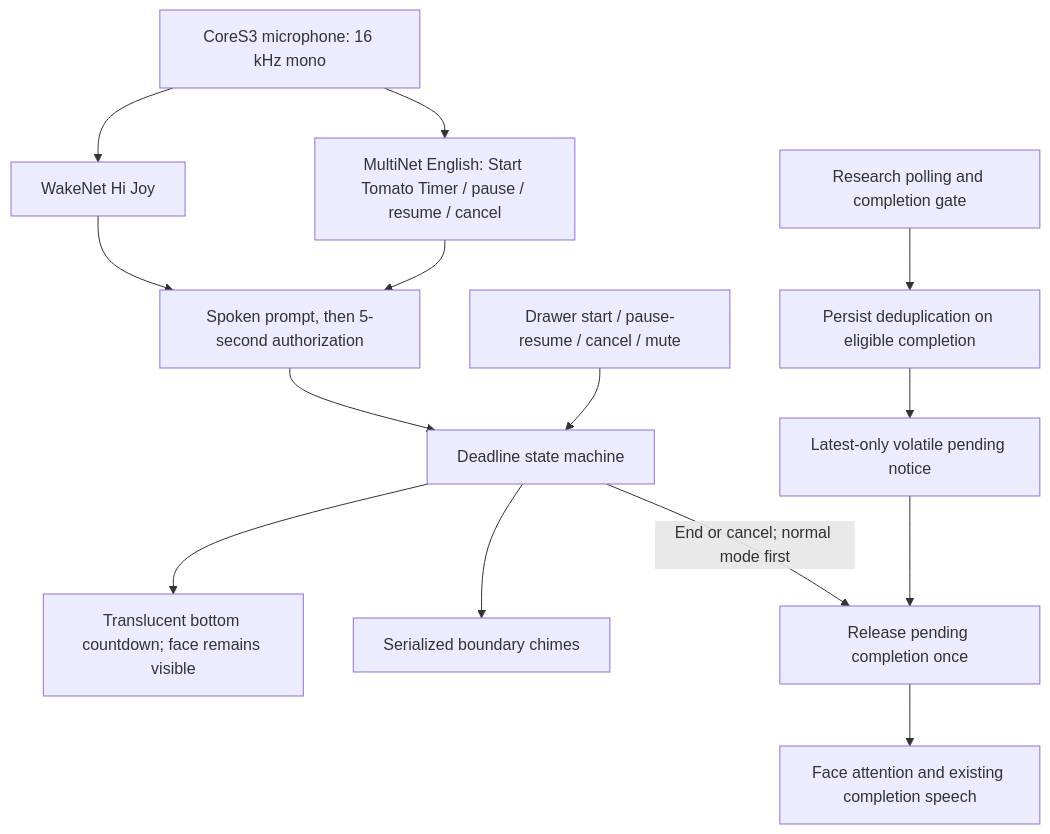
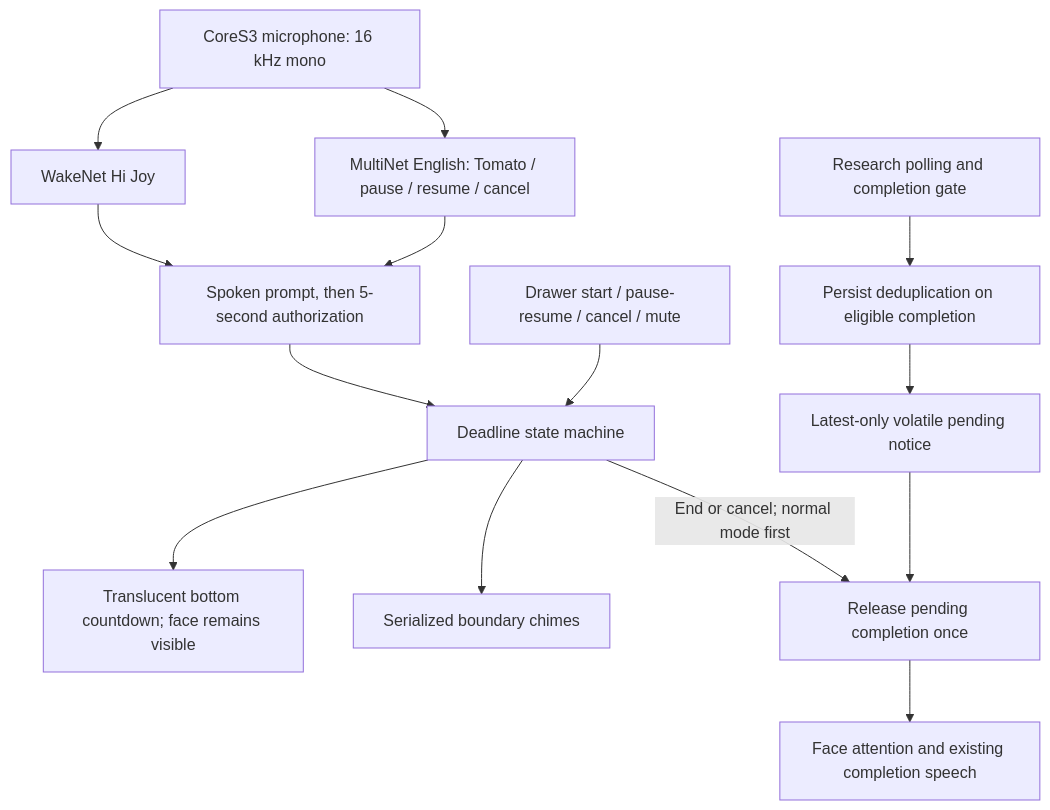
Before and after one commit to yeejingye/jyos-stackchan: the diagram in knowledge_base/feat/pomodoro/design.md, drawn with Mermaid. The commit also changed other lines of this file and 12 other files, not shown here.

Commit message:
feat(voice): use Tomato to start the timer

````diff
--- a/knowledge_base/feat/pomodoro/design.md
+++ b/knowledge_base/feat/pomodoro/design.md
@@ -5,16 +5,16 @@
 ```mermaid
 flowchart TD
   PCM["CoreS3 microphone: 16 kHz mono"] --> Wake["WakeNet Hi Joy"]
   Wake --> Window["Spoken prompt, then 5-second authorization"]
-  PCM --> Commands["MultiNet English: Start Tomato Timer / pause / resume / cancel"]
+  PCM --> Commands["MultiNet English: Tomato / pause / resume / cancel"]
   Commands --> Window
   Window --> Timer["Deadline state machine"]
   Manual["Drawer start / pause-resume / cancel / mute"] --> Timer
   Timer --> Strip["Translucent bottom countdown; face remains visible"]
   Timer --> Cues["Serialized boundary chimes"]
   Research["Research polling and completion gate"] --> Admission["Persist deduplication on eligible completion"]
   Admission --> Pending["Latest-only volatile pending notice"]
   Timer -->|"End or cancel; normal mode first"| Release["Release pending completion once"]
   Pending --> Release
   Release --> Hardware["Face attention and existing completion speech"]
 ```
````
